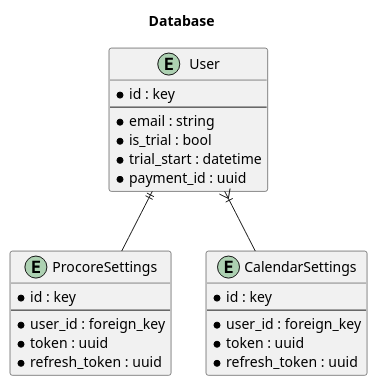
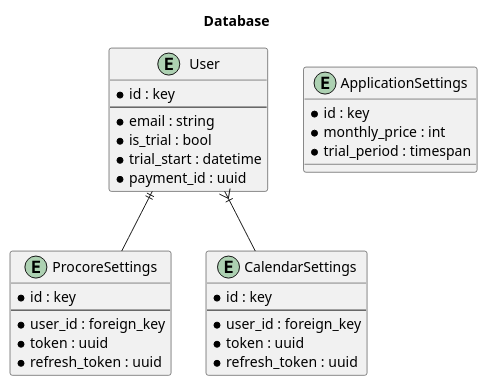
One commit to adhurjaty/procore-gcal changed the diagram in diagrams/database.wsd. Above: the diagram before and after it, drawn with PlantUML. The commit also changed 2 other files, not shown here.

```diff
--- a/diagrams/database.wsd
+++ b/diagrams/database.wsd
@@ -1,32 +1,38 @@
 @startuml
 title Database
 
 entity User {
     * id : key
     ---
     * email : string
     * is_trial : bool
     * trial_start : datetime
     * payment_id : uuid
 }
 
 entity ProcoreSettings {
     * id : key
     ---
     * user_id : foreign_key
     * token : uuid
     * refresh_token : uuid
 }
 
 entity CalendarSettings {
     * id : key
     ---
     * user_id : foreign_key
     * token : uuid
     * refresh_token : uuid
 }
 
+entity ApplicationSettings {
+    * id : key
+    * monthly_price : int
+    * trial_period : timespan
+}
+
 User }|-- CalendarSettings
 User ||-- ProcoreSettings
 
 @enduml
```
